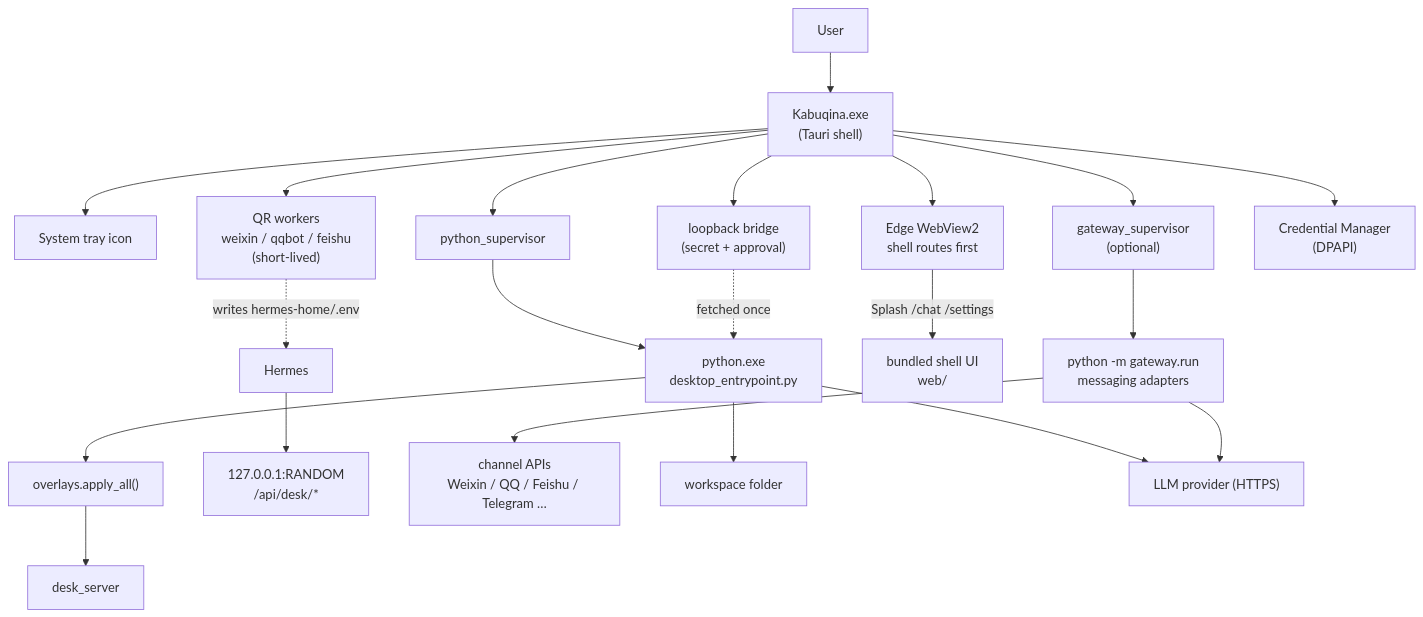
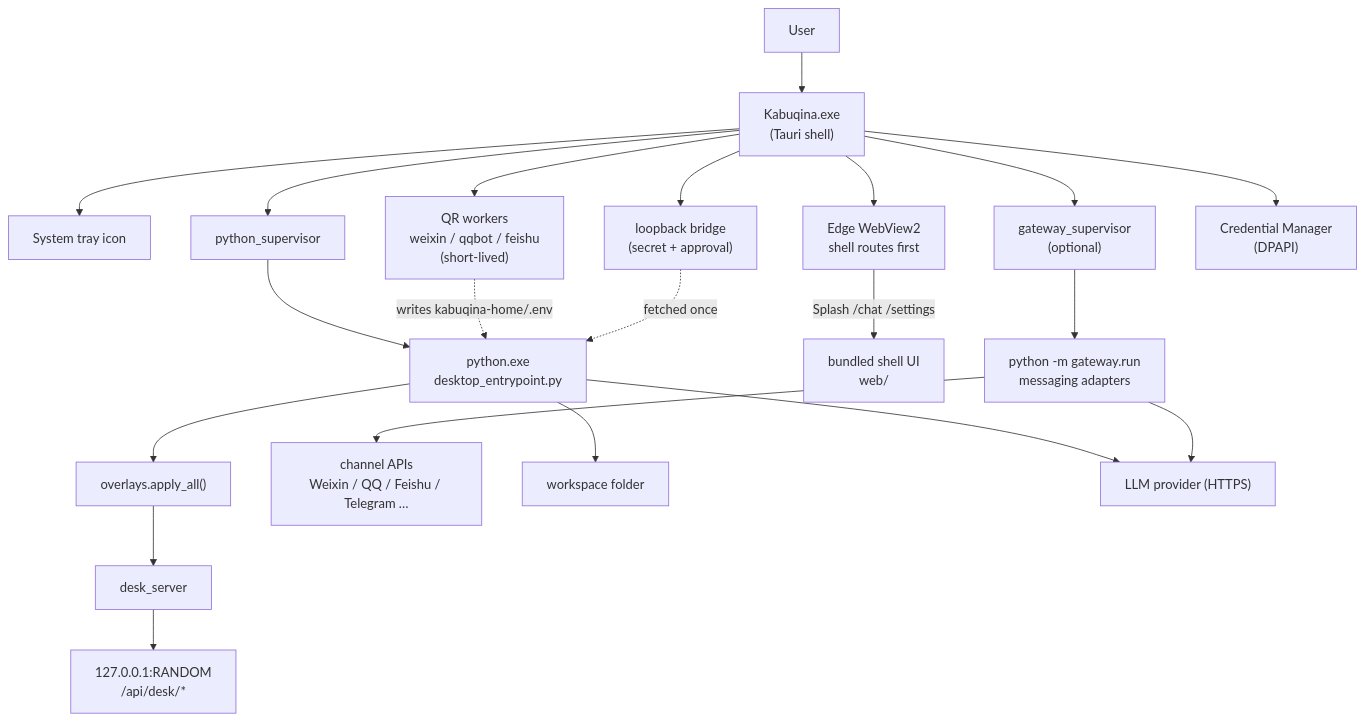
One commit to Kabuqina/Kabuqina changed the diagram in docs/architecture.md. Above: the diagram before and after it, drawn with Mermaid. The commit also changed other lines of this file and 824 other files, not shown here.

````diff
--- a/docs/architecture.md
+++ b/docs/architecture.md
@@ -13,23 +14,23 @@
 ```mermaid
 flowchart TD
   User[User] --> Tauri["Kabuqina.exe<br/>(Tauri shell)"]
   Tauri --> Tray["System tray icon"]
   Tauri --> WebView["Edge WebView2<br/>shell routes first"]
   Tauri --> PySup["python_supervisor"]
   PySup --> PyChild["python.exe<br/>desktop_entrypoint.py"]
   PyChild --> Overlays["overlays.apply_all()"]
   Overlays --> DeskServer["desk_server"]
-  Hermes --> Loop["127.0.0.1:RANDOM<br/>/api/desk/*"]
+  DeskServer --> Loop["127.0.0.1:RANDOM<br/>/api/desk/*"]
   WebView -->|"Splash /chat /settings"| ShellUI["bundled shell UI<br/>web/"]
   Tauri --> GwSup["gateway_supervisor<br/>(optional)"]
   GwSup --> GwChild["python -m gateway.run<br/>messaging adapters"]
   GwChild --> MsgApis["channel APIs<br/>Weixin / QQ / Feishu / Telegram …"]
   Tauri --> QrWorkers["QR workers<br/>weixin / qqbot / feishu<br/>(short-lived)"]
-  QrWorkers -.->|"writes hermes-home/.env"| Hermes
+  QrWorkers -.->|"writes kabuqina-home/.env"| PyChild
   Tauri --> Bridge["loopback bridge<br/>(secret + approval)"]
   Bridge -.fetched once.-> PyChild
   Tauri --> Vault["Credential Manager<br/>(DPAPI)"]
   PyChild --> Workspace["workspace folder"]
   PyChild --> LLM["LLM provider (HTTPS)"]
   GwChild --> LLM
 ```
````
